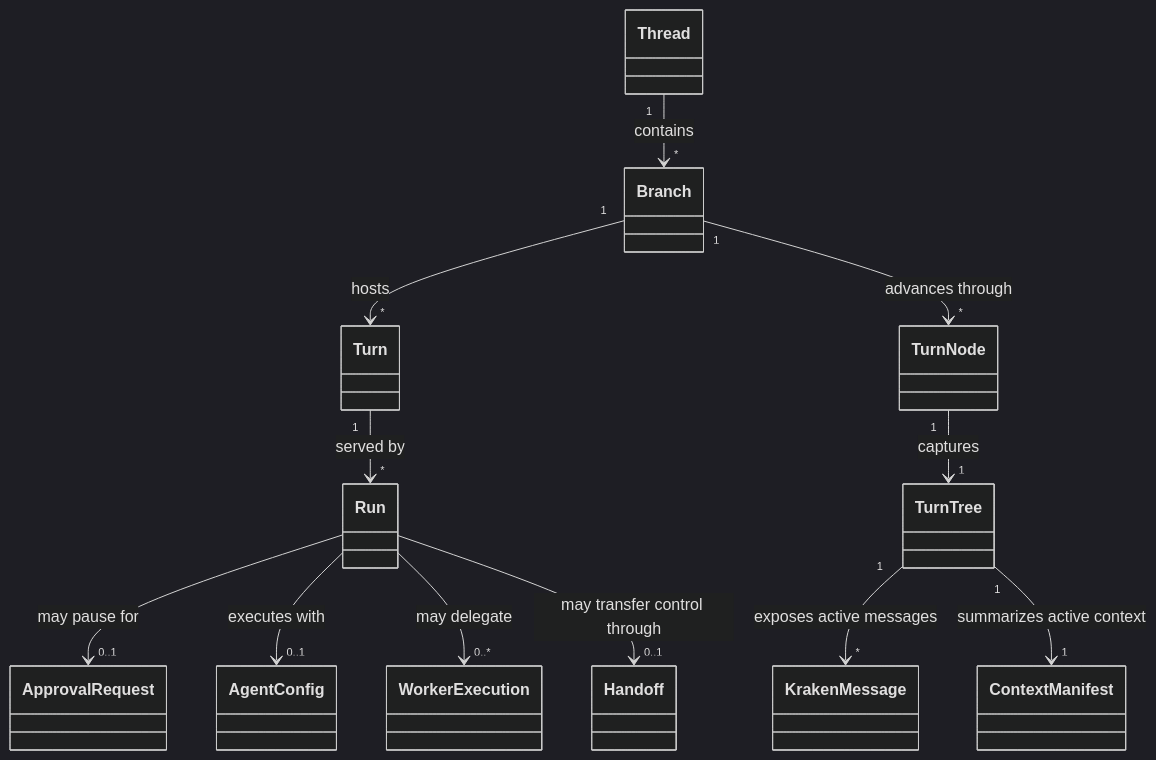
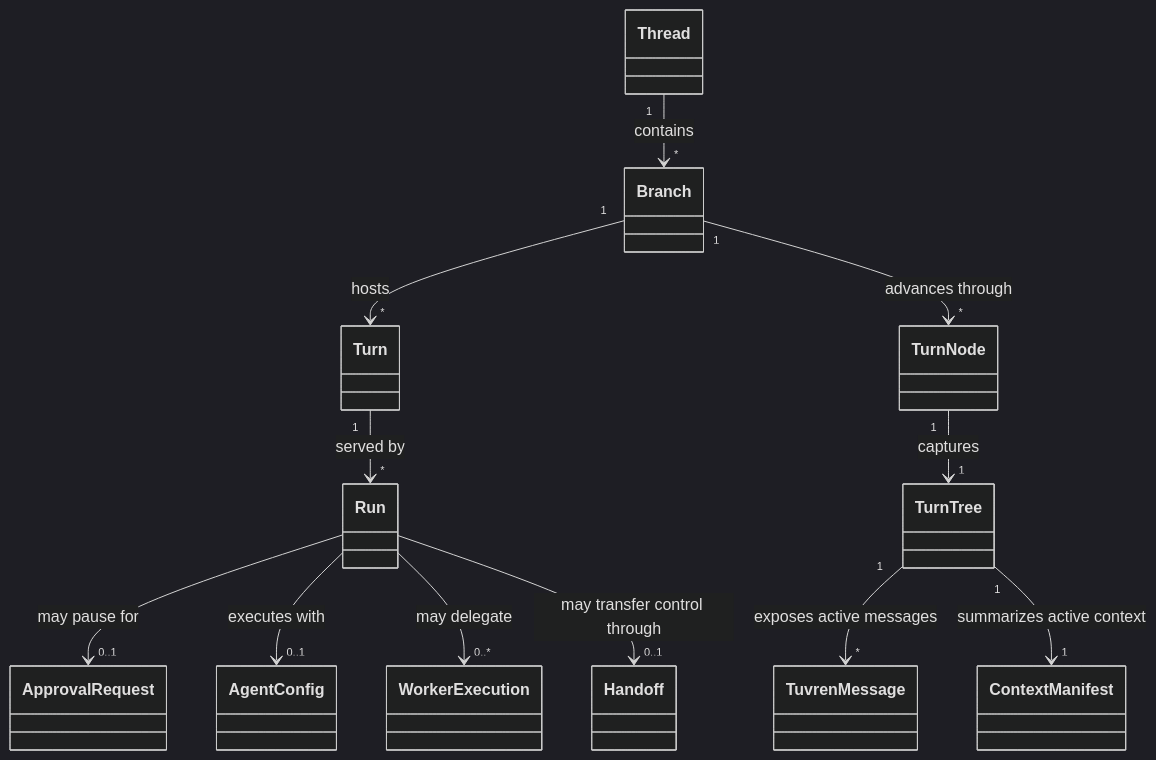
Before and after one commit to Tuvren/framework: the second of 2 diagrams in constitution/PRD.md, drawn with Mermaid (dark theme). The commit also changed other lines of this file and 108 other files, not shown here.

First line of the commit message:
Rebrand public runtime surfaces to Tuvren while preserving Kraken engine boundaries (#13)

````diff
--- a/constitution/PRD.md
+++ b/constitution/PRD.md
@@ -339,27 +339,27 @@
 ```mermaid
 classDiagram
 class Thread
 class Branch
 class Turn
 class Run
 class TurnNode
 class TurnTree
-class KrakenMessage
+class TuvrenMessage
 class ContextManifest
 class ApprovalRequest
 class AgentConfig
 class WorkerExecution
 class Handoff
 
 Thread "1" --> "*" Branch : contains
 Branch "1" --> "*" Turn : hosts
 Turn "1" --> "*" Run : served by
 Branch "1" --> "*" TurnNode : advances through
 TurnNode "1" --> "1" TurnTree : captures
-TurnTree "1" --> "*" KrakenMessage : exposes active messages
+TurnTree "1" --> "*" TuvrenMessage : exposes active messages
 TurnTree "1" --> "1" ContextManifest : summarizes active context
 Run --> "0..1" ApprovalRequest : may pause for
 Run --> "0..1" AgentConfig : executes with
 Run --> "0..*" WorkerExecution : may delegate
 Run --> "0..1" Handoff : may transfer control through
 ```
````
